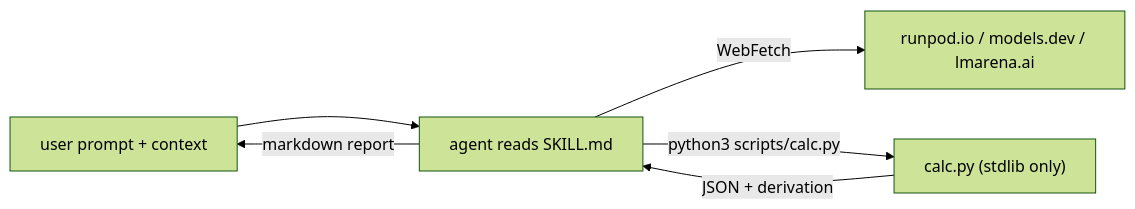
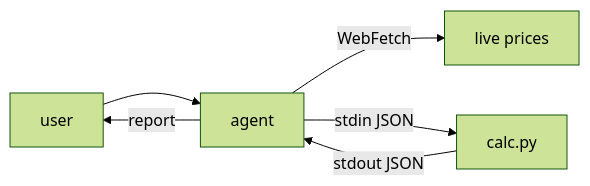
The diagram in README.md (artvandelay/api-vs-selfhost-skill), drawn with Mermaid (forest theme) before and after one commit. The commit also changed other lines of this file, not shown here.

Commit message:
README: move mermaid into 'How it works', expand credits
- Drop the cramped mermaid from the top; replace with a smaller,
  4-node version under 'How it works' where it belongs anyway.
  Renders cleanly at GitHub's column width.
- Rename 'Related' -> 'Credits' and credit the upstream sources
  the skill actually depends on: should-i-self-host-llm (math),
  models.dev (API pricing), lmarena.ai (quality Elo), Runpod /
  Lambda / Modal (GPU pricing), and the Code-as-Agent-Harness paper.

````diff
--- a/README.md
+++ b/README.md
@@ -13,8 +50,8 @@
 ```mermaid
 flowchart LR
-  User["user prompt + context"] --> Agent
-  Agent["agent reads SKILL.md"] -->|WebFetch| Web["runpod.io / models.dev / lmarena.ai"]
-  Agent -->|"python3 scripts/calc.py"| Calc["calc.py (stdlib only)"]
-  Calc -->|JSON + derivation| Agent
-  Agent -->|markdown report| User
+  U["user"] --> A["agent"]
+  A -->|WebFetch| W["live prices"]
+  A -->|stdin JSON| C["calc.py"]
+  C -->|stdout JSON| A
+  A -->|report| U
 ```
````
